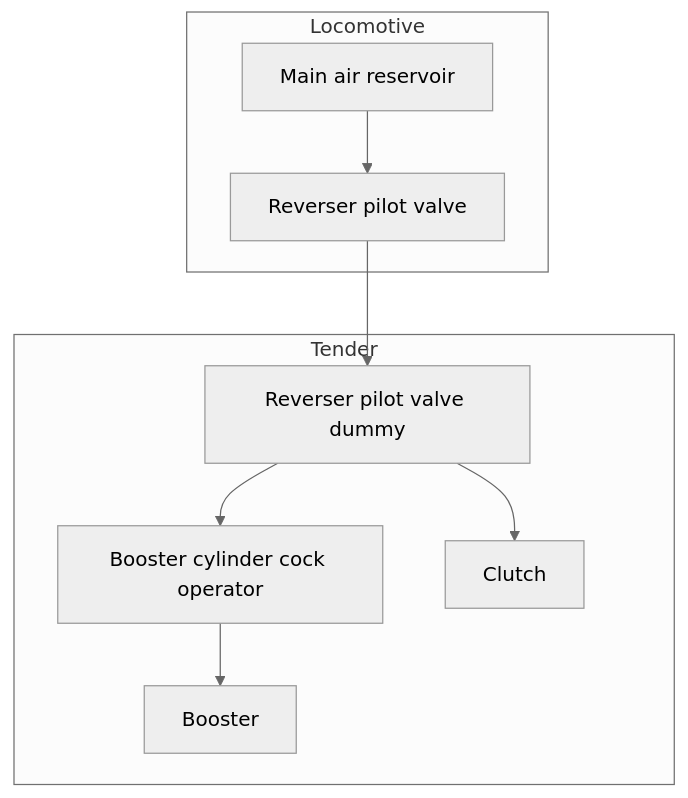
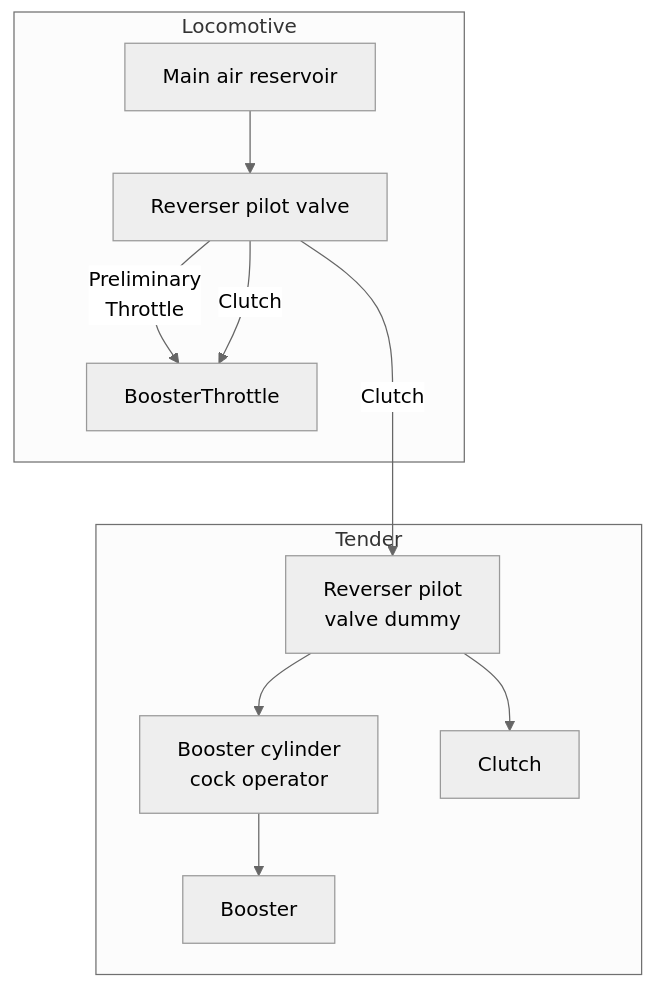
The second of 3 diagrams in RearrangedS282/Sim/Booster/README.md (pjschinske/dv-rearranged-S282), drawn with Mermaid (neutral theme) before and after one commit. The commit also changed other lines of this file, not shown here.

Commit message:
Update booster readme diagrams

````diff
--- a/RearrangedS282/Sim/Booster/README.md
+++ b/RearrangedS282/Sim/Booster/README.md
@@ -27,16 +29,19 @@
 ```mermaid
 graph TD;
 AirTank[Main air reservoir]
 ReverserPilotValve[Reverser pilot valve]
-ReverserPilotValveDummy[Reverser pilot valve dummy]
-BoosterCylinderCockOperator[Booster cylinder cock operator]
+ReverserPilotValveDummy[Reverser pilot<br>valve dummy]
+BoosterCylinderCockOperator[Booster cylinder<br>cock operator]
     subgraph Locomotive
         AirTank-->ReverserPilotValve
+	ReverserPilotValve-- Preliminary
+			        Throttle -->BoosterThrottle
+	ReverserPilotValve-- Clutch -->BoosterThrottle
     end
     subgraph Tender
-		ReverserPilotValve-->ReverserPilotValveDummy
+	ReverserPilotValve-- Clutch --->ReverserPilotValveDummy
         ReverserPilotValveDummy-->BoosterCylinderCockOperator
         BoosterCylinderCockOperator-->Booster
         ReverserPilotValveDummy-->Clutch
     end
 ```
````
